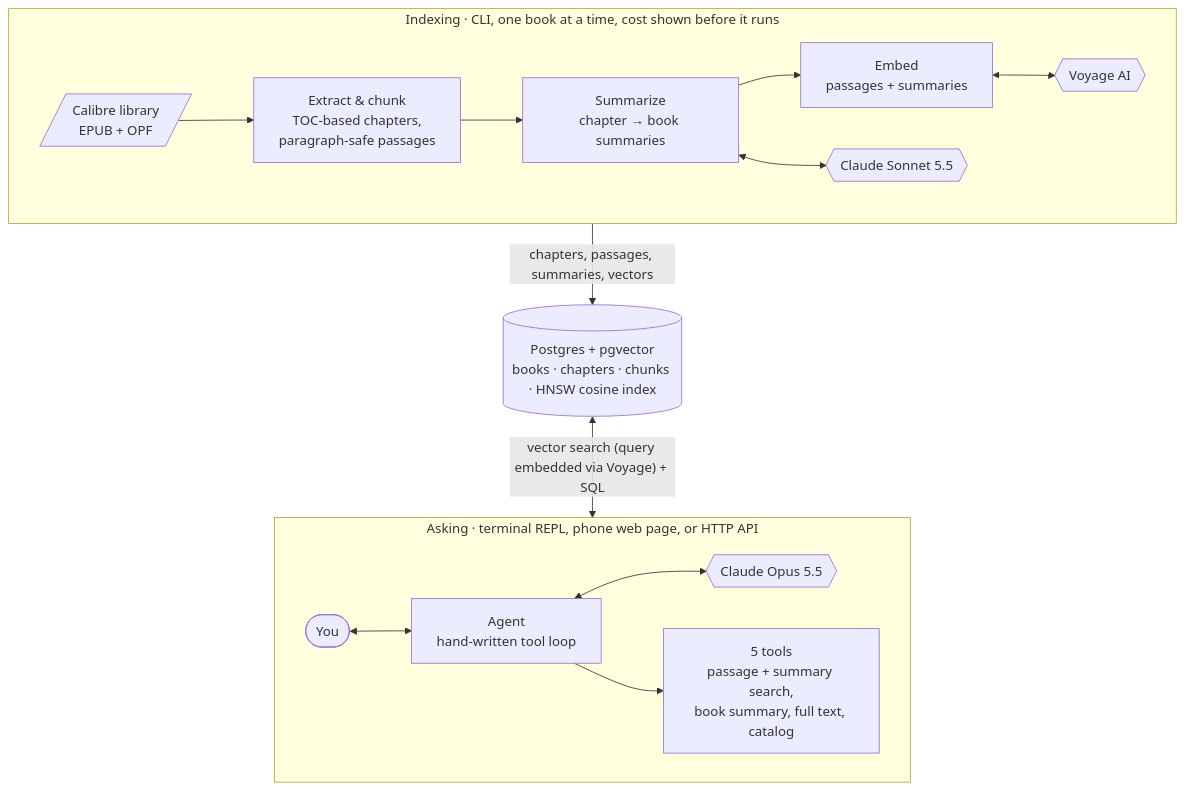
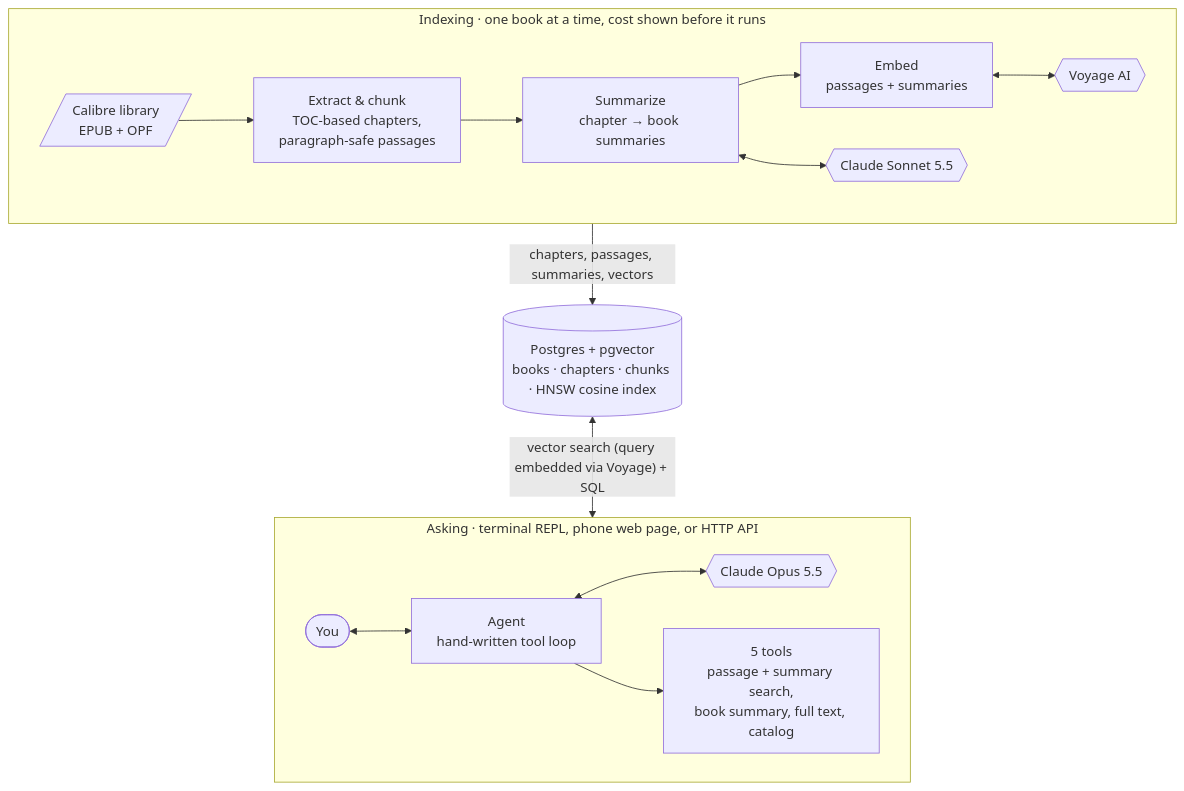
The first of 2 diagrams in README.md (jacobpmeyer/chapter-and-verse), drawn with Mermaid before and after one commit. The commit also changed other lines of this file and 2 other files, not shown here.

First line of the commit message:
Document the deployment: README section and diagram, PIPELINE, TODO

````diff
--- a/README.md
+++ b/README.md
@@ -32,23 +32,23 @@
 ```mermaid
 flowchart TB
-    subgraph IDX["Indexing · CLI, one book at a time, cost shown before it runs"]
+    subgraph IDX["Indexing · one book at a time, cost shown before it runs"]
         direction LR
         EPUB[/"Calibre library<br/>EPUB + OPF"/] --> EXT["Extract & chunk<br/>TOC-based chapters,<br/>paragraph-safe passages"]
         EXT --> SUM["Summarize<br/>chapter → book summaries"]
         SUM --> EMB["Embed<br/>passages + summaries"]
         SUM <--> SONNET{{"Claude Sonnet 5.5"}}
         EMB <--> VOY{{"Voyage AI"}}
     end
 
     PG[("Postgres + pgvector<br/>books · chapters · chunks · HNSW cosine index")]
 
     subgraph ASK["Asking · terminal REPL, phone web page, or HTTP API"]
         direction LR
         USER(["You"]) <--> AGENT["Agent<br/>hand-written tool loop"]
         AGENT <--> OPUS{{"Claude Opus 5.5"}}
         AGENT --> TOOLS["5 tools<br/>passage + summary search,<br/>book summary, full text, catalog"]
     end
 
     IDX -- "chapters, passages, summaries, vectors" --> PG
     PG <-- "vector search (query embedded via Voyage) + SQL" --> ASK
 ```
````
